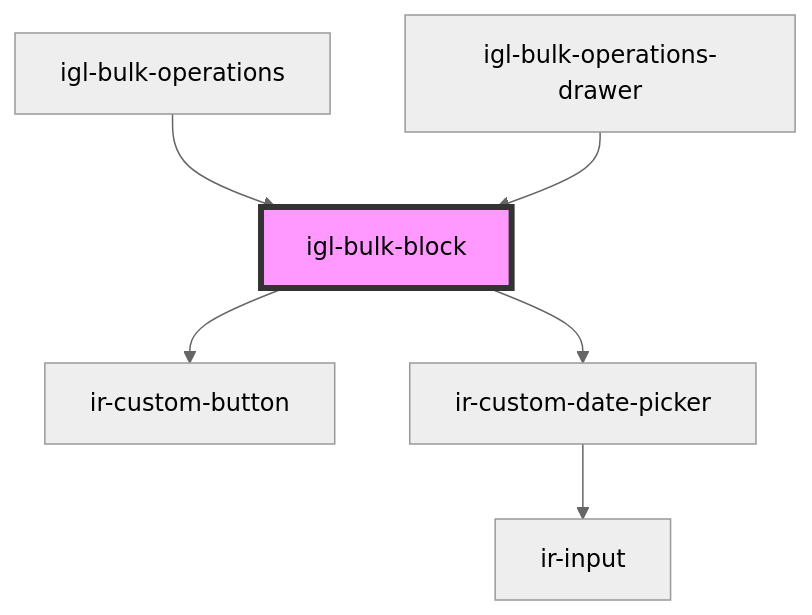
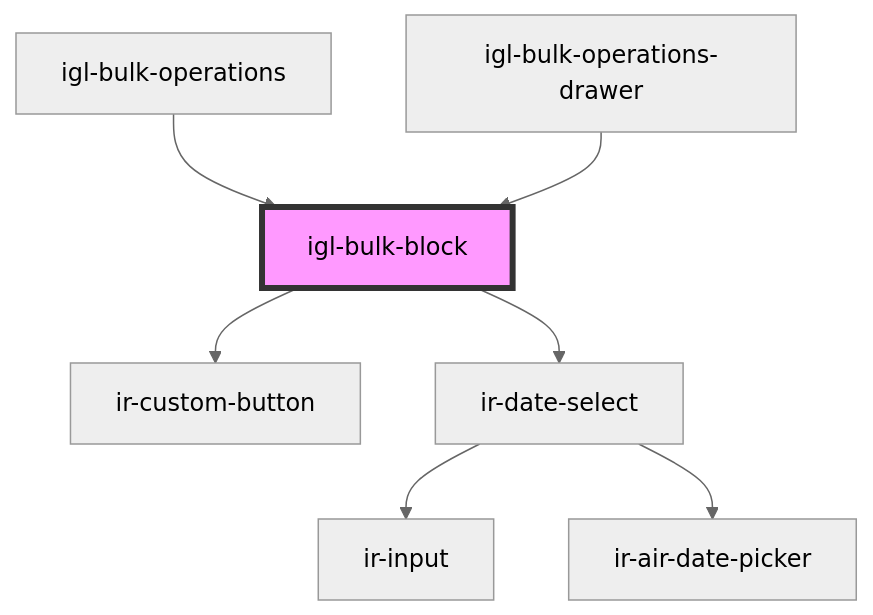
One commit to RonyRizk/ir-webcmp changed the diagram in src/components/igloo-calendar/igl-bulk-operations/igl-bulk-block/readme.md. Above: the diagram before and after it, drawn with Mermaid (neutral theme). The commit also changed other lines of this file and 586 other files, not shown here.

````diff
--- a/src/components/igloo-calendar/igl-bulk-operations/igl-bulk-block/readme.md
+++ b/src/components/igloo-calendar/igl-bulk-operations/igl-bulk-block/readme.md
@@ -39,9 +39,10 @@
 ```mermaid
 graph TD;
   igl-bulk-block --> ir-custom-button
-  igl-bulk-block --> ir-custom-date-picker
-  ir-custom-date-picker --> ir-input
+  igl-bulk-block --> ir-date-select
+  ir-date-select --> ir-input
+  ir-date-select --> ir-air-date-picker
   igl-bulk-operations --> igl-bulk-block
   igl-bulk-operations-drawer --> igl-bulk-block
   style igl-bulk-block fill:#f9f,stroke:#333,stroke-width:4px
 ```
````
